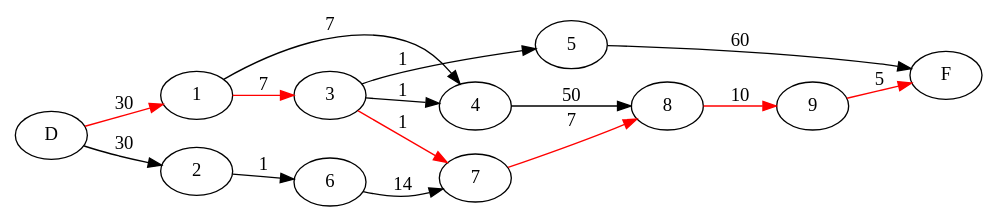
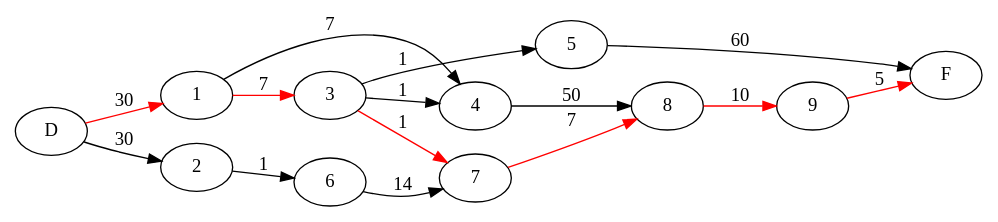
One commit to Malik-Hacini/Projet-Graphes changed the diagram in Analyses/Historique_test_cool/Analyse_Initiale/Analyse_Initiale-dot2tex-fig1.dot. Above: the diagram before and after it, drawn with Graphviz. The commit also changed other lines of this file and 31 other files, not shown here.

```diff
--- a/Analyses/Historique_test_cool/Analyse_Initiale/Analyse_Initiale-dot2tex-fig1.dot
+++ b/Analyses/Historique_test_cool/Analyse_Initiale/Analyse_Initiale-dot2tex-fig1.dot
@@ -1,18 +1,18 @@
 
     digraph G{
    rankdir=LR
+   D -> 2 [label="30"];
    D -> 1 [label="30" color="red"];
-   D -> 2 [label="30"];
    1 -> 4 [label="7"];
    1 -> 3 [label="7" color="red"];
    2 -> 6 [label="1"];
    3 -> 7 [label="1" color="red"];
+   3 -> 5 [label="1"];
    3 -> 4 [label="1"];
-   3 -> 5 [label="1"];
    4 -> 8 [label="50"];
    5 -> F [label="60"];
    6 -> 7 [label="14"];
    7 -> 8 [label="7" color="red"];
    8 -> 9 [label="10" color="red"];
    9 -> F [label="5" color="red"];
    }
```
